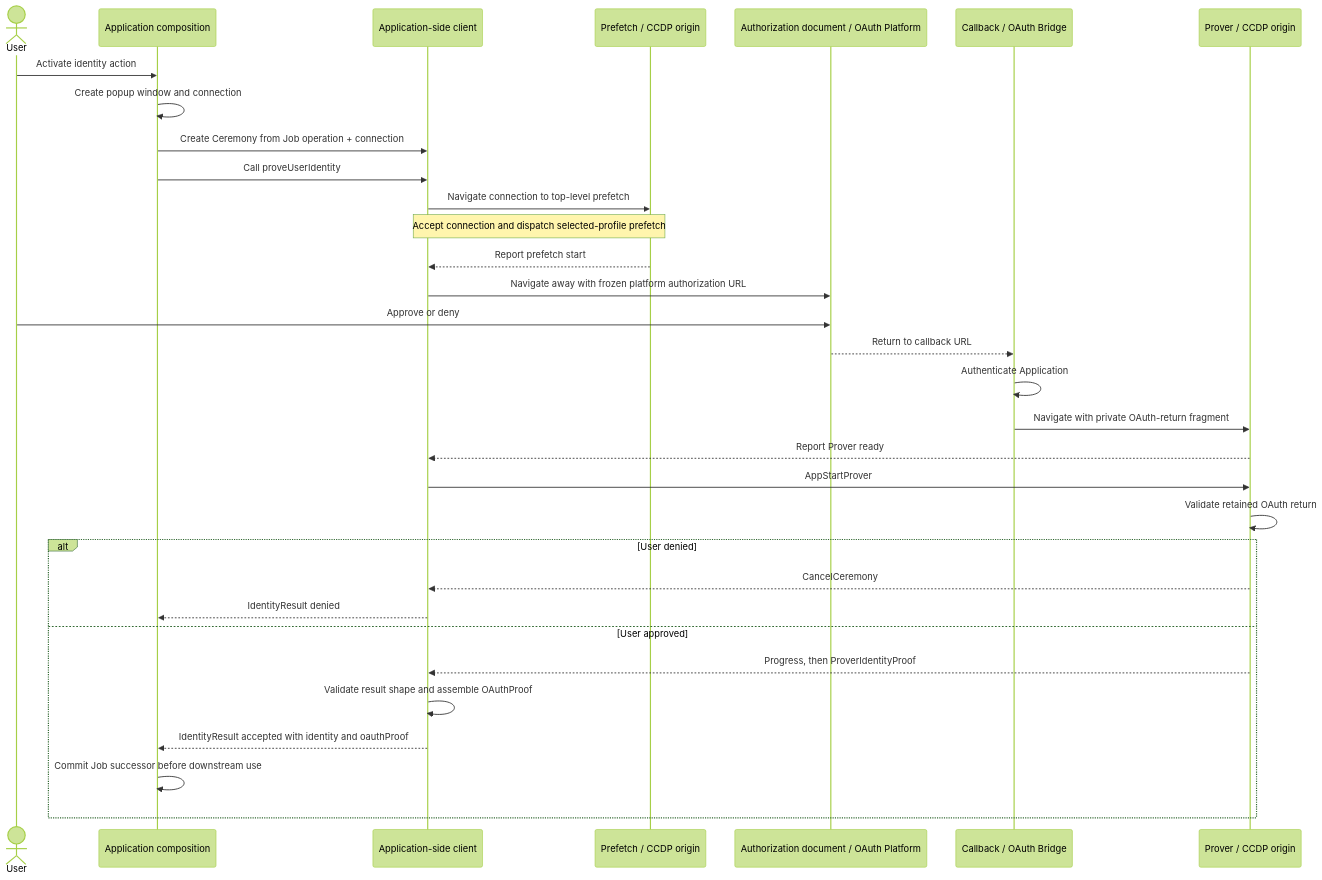
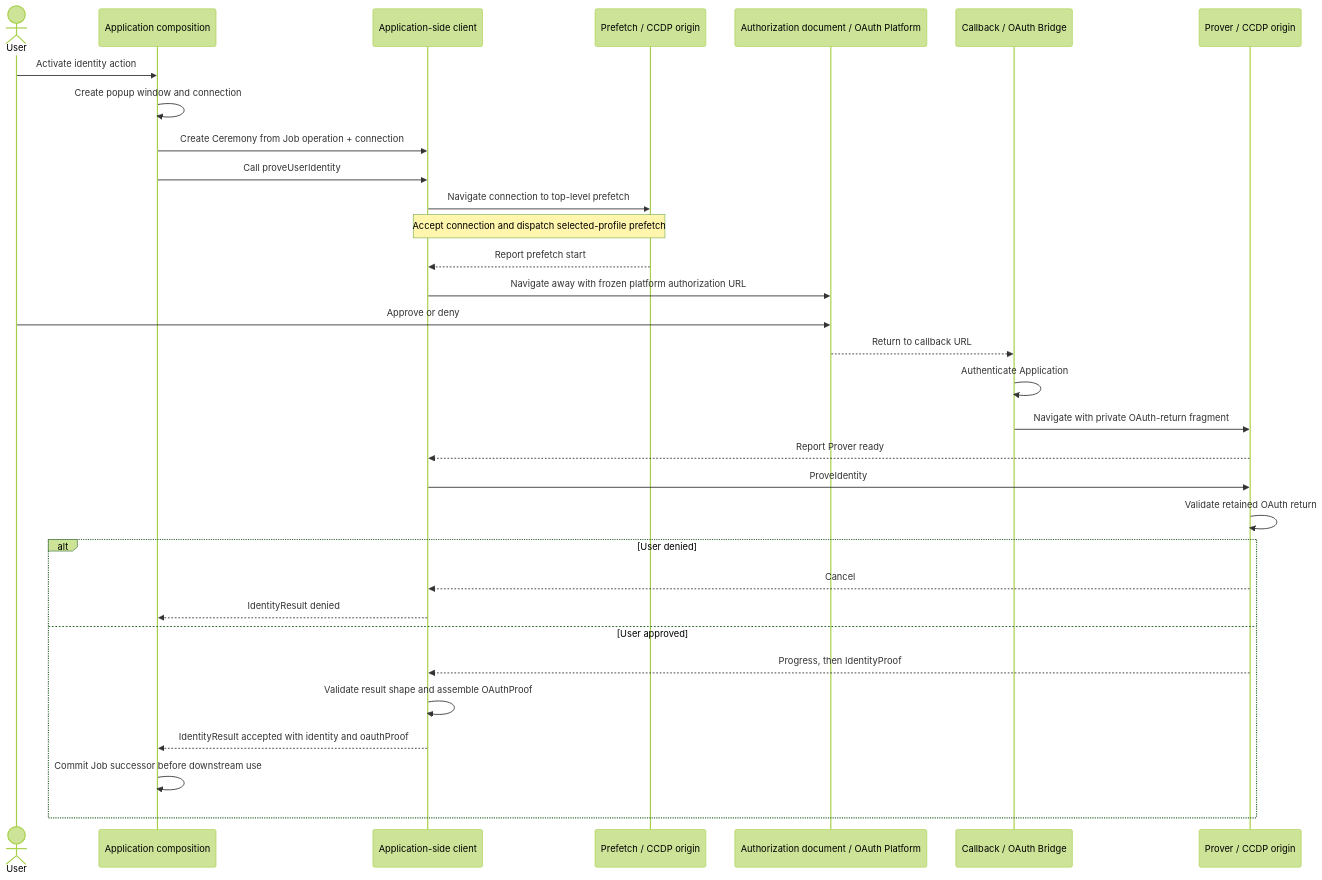
One commit to libid-org/libid changed the diagram in ts/packages/ceremony/docs/architecture.md. Above: the diagram before and after it, drawn with Mermaid (forest theme). The commit also changed other lines of this file and 59 other files, not shown here.

````diff
--- a/ts/packages/ceremony/docs/architecture.md
+++ b/ts/packages/ceremony/docs/architecture.md
@@ -45,35 +45,35 @@
 ```mermaid
 sequenceDiagram
     actor U as User
     participant A as Application composition
     participant C as Application-side client
     participant F as Prefetch / CCDP origin
     participant O as Authorization document / OAuth Platform
     participant P as Callback / OAuth Bridge
     participant R as Prover / CCDP origin
 
     U->>A: Activate identity action
     A->>A: Create popup window and connection
     A->>C: Create Ceremony from Job operation + connection
     A->>C: Call proveUserIdentity
     C->>F: Navigate connection to top-level prefetch
     Note over C,F: Accept connection and dispatch selected-profile prefetch
     F-->>C: Report prefetch start
     C->>O: Navigate away with frozen platform authorization URL
     U->>O: Approve or deny
     O-->>P: Return to callback URL
     P->>P: Authenticate Application
     P->>R: Navigate with private OAuth-return fragment
     R-->>C: Report Prover ready
-    C->>R: AppStartProver
+    C->>R: ProveIdentity
     R->>R: Validate retained OAuth return
     alt User denied
-        R-->>C: CancelCeremony
+        R-->>C: Cancel
         C-->>A: IdentityResult denied
     else User approved
-        R-->>C: Progress, then ProverIdentityProof
+        R-->>C: Progress, then IdentityProof
         C->>C: Validate result shape and assemble OAuthProof
         C-->>A: IdentityResult accepted with identity and oauthProof
         A->>A: Commit Job successor before downstream use
     end
 ```
````
